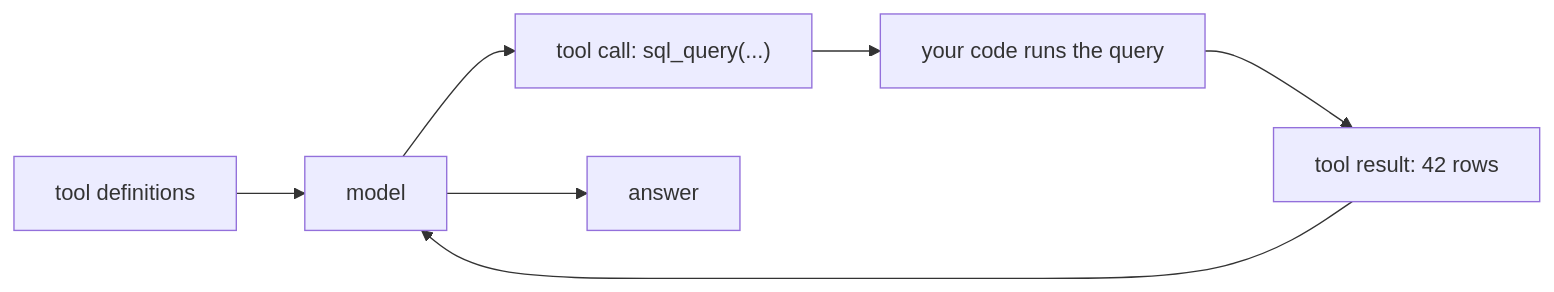
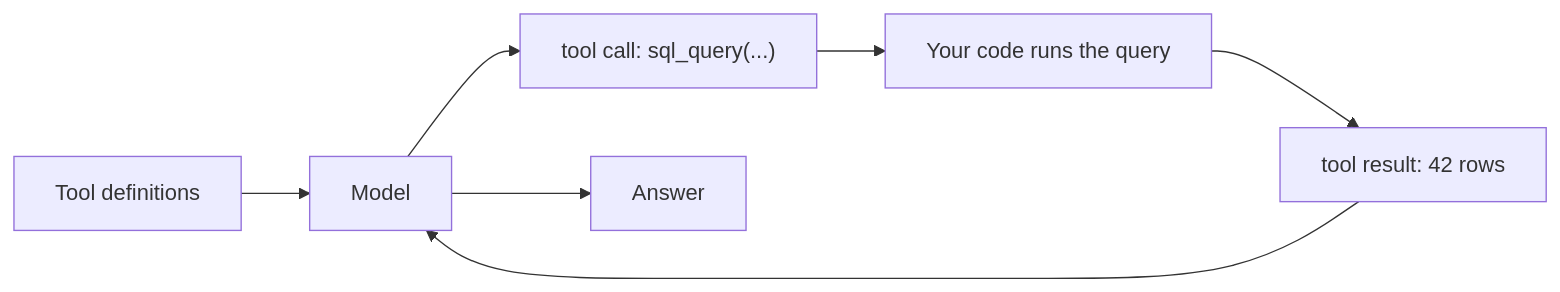
Before and after one commit to NikolaiSachok/enterprise-rag-agents-handbook: the diagram in i18n/en/docusaurus-plugin-content-docs/current/part-2-agents/tool-use.md, drawn with Mermaid. The commit also changed other lines of this file and 3 other files, not shown here.

````diff
--- a/i18n/en/docusaurus-plugin-content-docs/current/part-2-agents/tool-use.md
+++ b/i18n/en/docusaurus-plugin-content-docs/current/part-2-agents/tool-use.md
@@ -53,9 +52,9 @@
 ```mermaid
 flowchart LR
-    Defs["tool definitions"] --> M["model"]
+    Defs["Tool definitions"] --> M["Model"]
     M --> TC["tool call: sql_query(...)"]
-    TC --> X["your code runs the query"]
+    TC --> X["Your code runs the query"]
     X --> TR["tool result: 42 rows"]
     TR --> M
-    M --> Ans["answer"]
+    M --> Ans["Answer"]
 ```
````
